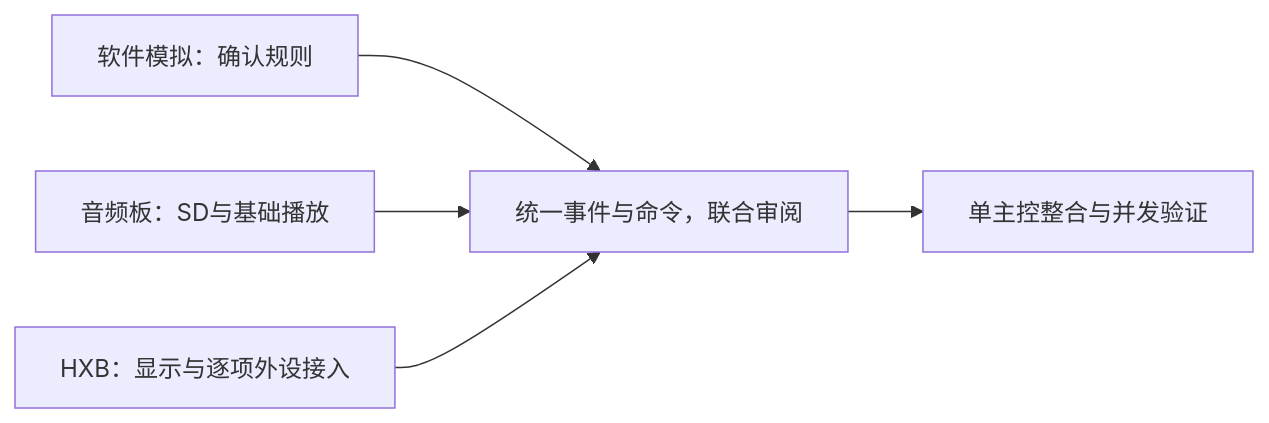
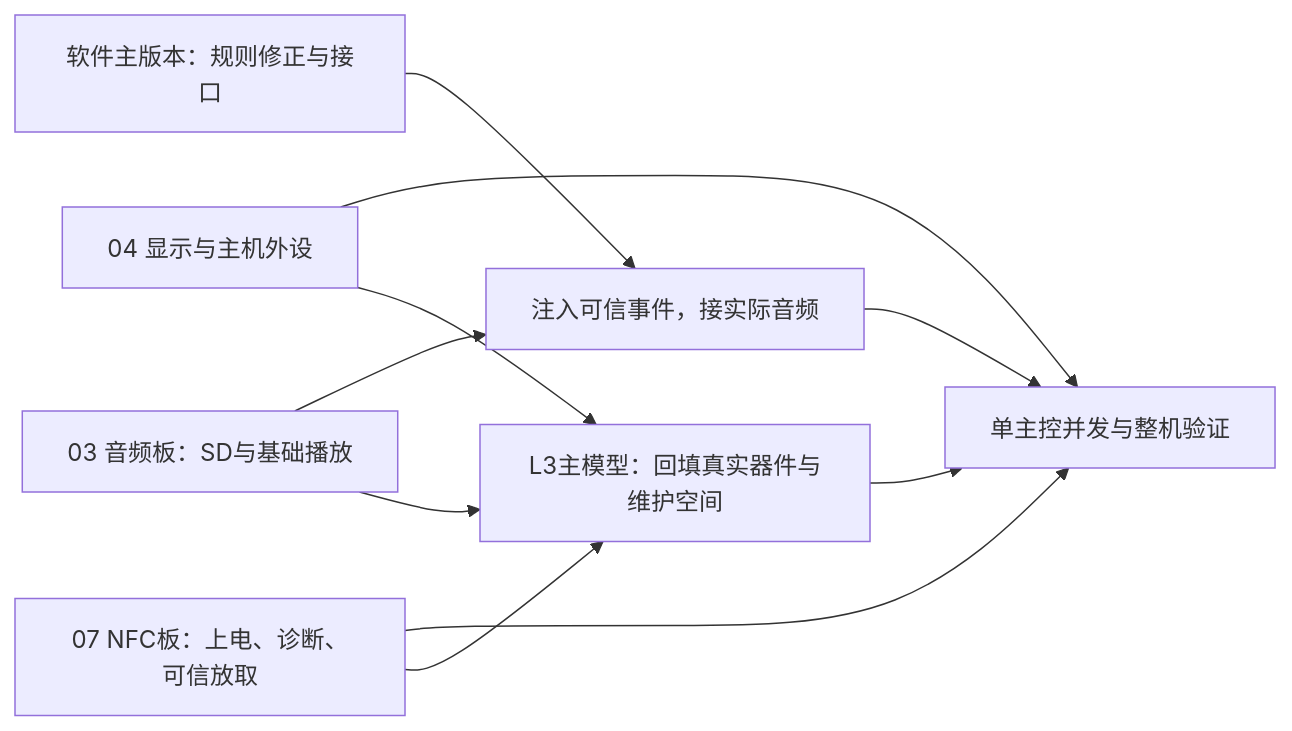
One commit to yigencong-1/record-companion changed the first of 3 diagrams in product/plan.md. Above: the diagram before and after it, drawn with Mermaid. The commit also changed other lines of this file and 51 other files, not shown here.

````diff
--- a/product/plan.md
+++ b/product/plan.md
@@ -48,7 +63,12 @@
 ```mermaid
 flowchart LR
-    S["软件模拟：确认规则"] --> J["统一事件与命令，联合审阅"]
-    A["音频板：SD与基础播放"] --> J
-    H["HXB：显示与逐项外设接入"] --> J
-    J --> I["单主控整合与并发验证"]
+    S["软件主版本：规则修正与接口"] --> J["注入可信事件，接实际音频"]
+    A["03 音频板：SD与基础播放"] --> J
+    H["04 显示与主机外设"] --> I["单主控并发与整机验证"]
+    N["07 NFC板：上电、诊断、可信放取"] --> I
+    J --> I
+    P["L3主模型：回填真实器件与维护空间"] --> I
+    A --> P
+    H --> P
+    N --> P
 ```
````
